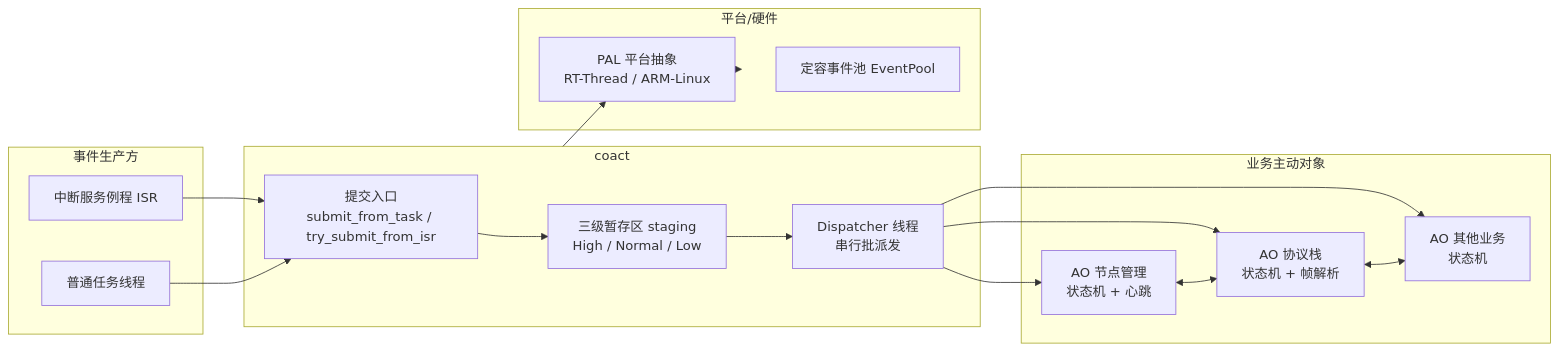
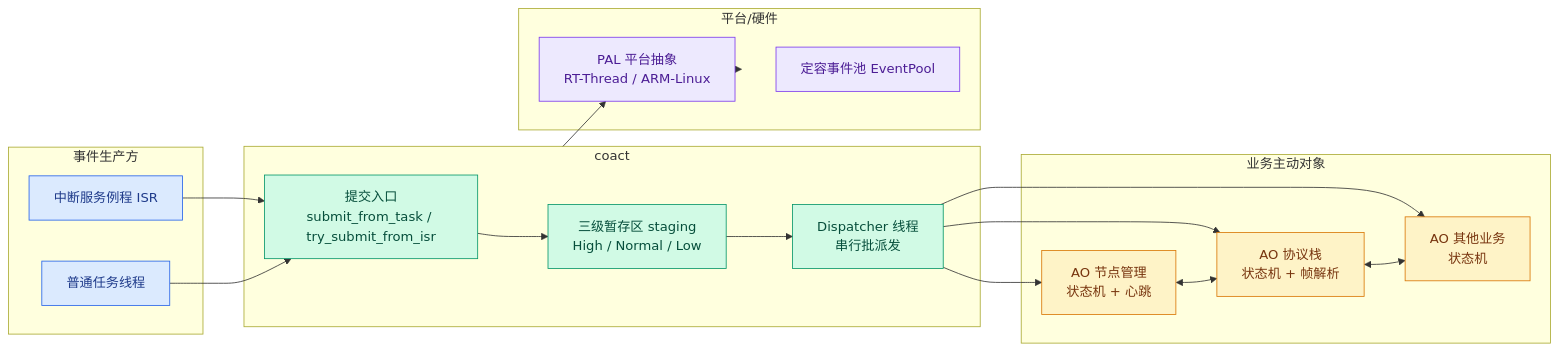
One commit to DeguiLiu/coact changed the first of 3 diagrams in docs/blogs/08-policy-engine-event-coalescing.md. Above: the diagram before and after it, drawn with Mermaid. The commit also changed other lines of this file and 5 other files, not shown here.

````diff
--- a/docs/blogs/08-policy-engine-event-coalescing.md
+++ b/docs/blogs/08-policy-engine-event-coalescing.md
@@ -17,36 +19,40 @@
 ```mermaid
 flowchart LR
     subgraph PROD["事件生产方"]
-        ISR["中断服务例程 ISR"]
-        TASK["普通任务线程"]
+        ISR["中断服务例程 ISR"]:::prod
+        TASK["普通任务线程"]:::prod
     end
 
     subgraph COACT["coact"]
-        SUB["提交入口<br/>submit_from_task / try_submit_from_isr"]
-        STG["三级暂存区 staging<br/>High / Normal / Low"]
-        DISP["Dispatcher 线程<br/>串行批派发"]
+        SUB["提交入口<br/>submit_from_task / try_submit_from_isr"]:::coact
+        STG["三级暂存区 staging<br/>High / Normal / Low"]:::coact
+        DISP["Dispatcher 线程<br/>串行批派发"]:::coact
     end
 
     subgraph AOS["业务主动对象"]
-        AO1["AO 节点管理<br/>状态机 + 心跳"]
-        AO2["AO 协议栈<br/>状态机 + 帧解析"]
-        AO3["AO 其他业务<br/>状态机"]
+        AO1["AO 节点管理<br/>状态机 + 心跳"]:::aos
+        AO2["AO 协议栈<br/>状态机 + 帧解析"]:::aos
+        AO3["AO 其他业务<br/>状态机"]:::aos
     end
 
     subgraph HW["平台/硬件"]
-        PAL["PAL 平台抽象<br/>RT-Thread / ARM-Linux"]
-        POOL["定容事件池 EventPool"]
+        PAL["PAL 平台抽象<br/>RT-Thread / ARM-Linux"]:::hw
+        POOL["定容事件池 EventPool"]:::hw
     end
 
     ISR --> SUB
     TASK --> SUB
     SUB --> STG
     STG --> DISP
     DISP --> AO1
     DISP --> AO2
     DISP --> AO3
     AO1 <--> AO2
     AO2 <--> AO3
     COACT --> PAL
     PAL --> HW
+    classDef prod fill:#dbeafe,stroke:#2563eb,color:#1e3a8a
+    classDef coact fill:#d1fae5,stroke:#059669,color:#064e3b
+    classDef aos fill:#fef3c7,stroke:#d97706,color:#78350f
+    classDef hw fill:#ede9fe,stroke:#7c3aed,color:#4c1d95
 ```
````
